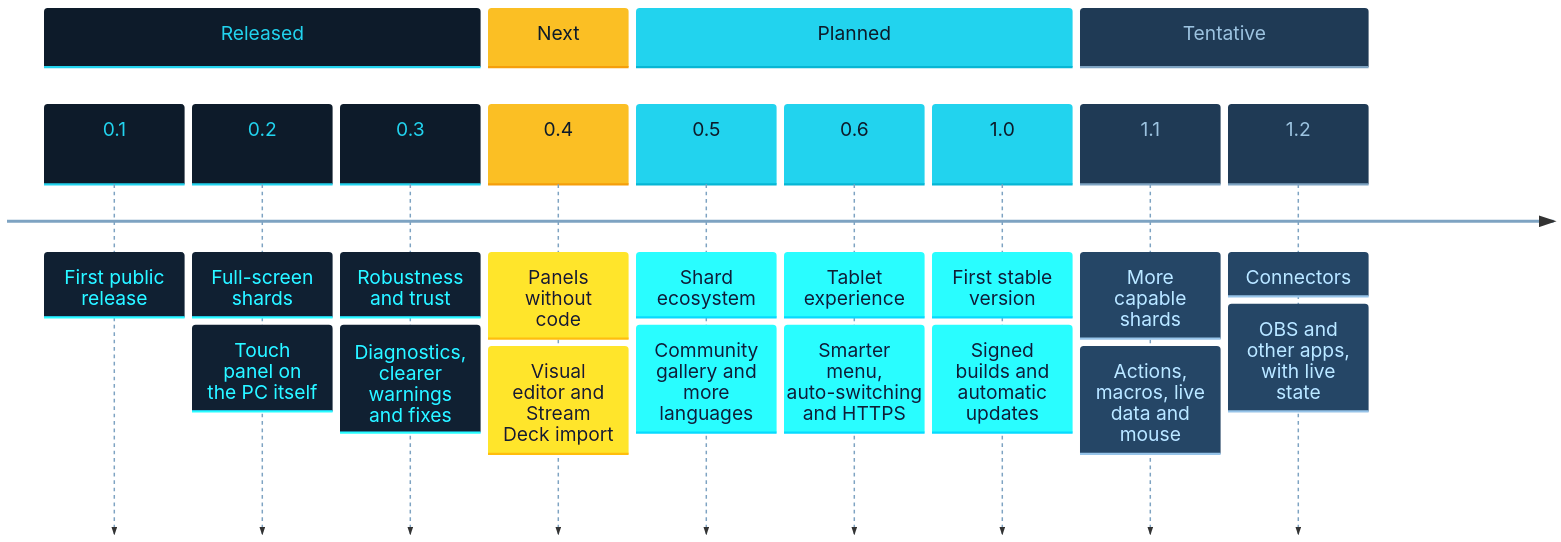
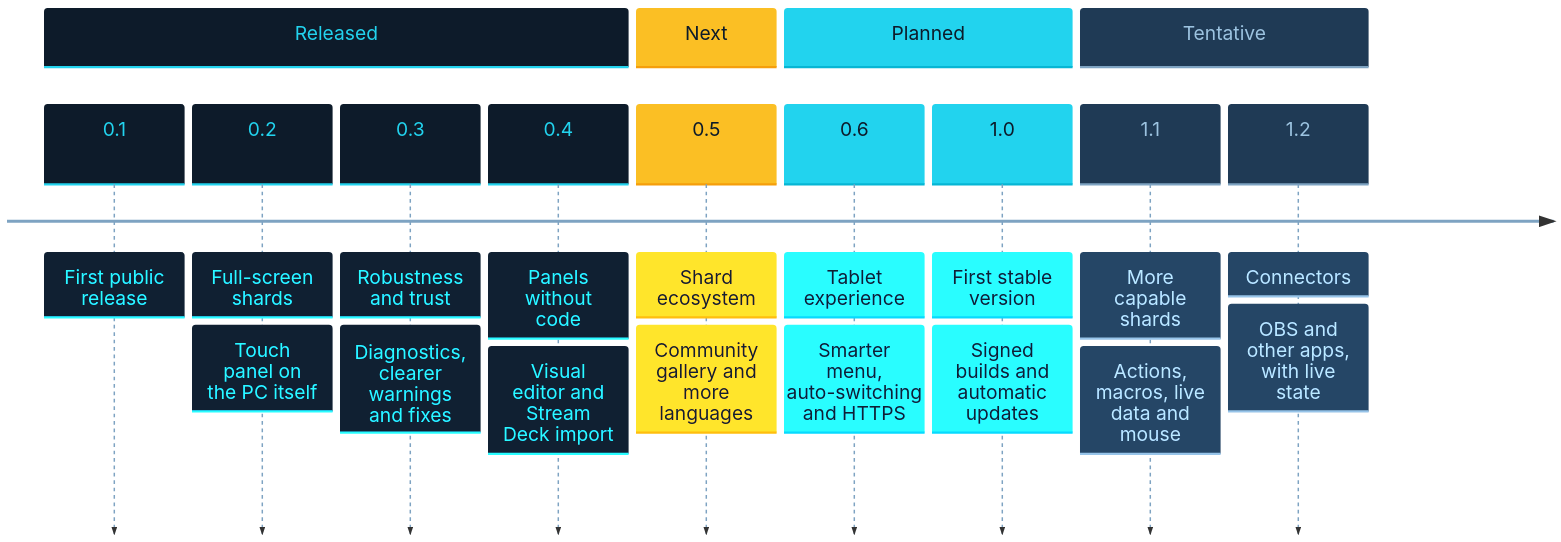
Before and after one commit to libreshard/libreshard: the diagram in README.md, drawn with Mermaid. The commit also changed other lines of this file and 5 other files, not shown here.

````diff
--- a/README.md
+++ b/README.md
@@ -201,17 +201,17 @@
 ```mermaid
 %%{init: {"theme": "base", "themeVariables": {"fontSize": "26px", "cScale0": "#0d1b2a", "cScaleLabel0": "#22d3ee", "cScaleInv0": "#22d3ee", "cScale1": "#fbbf24", "cScaleLabel1": "#0d1b2a", "cScaleInv1": "#f59e0b", "cScale2": "#22d3ee", "cScaleLabel2": "#0d1b2a", "cScaleInv2": "#06b6d4", "cScale3": "#1f3a55", "cScaleLabel3": "#9cc3e0", "cScaleInv3": "#7ea3c2", "cScaleLabel11": "#7ea3c2"}, "themeCSS": ".eventWrapper { filter: none; }"}}%%
 timeline
     section Released
         0.1 : First public release
         0.2 : Full-screen shards : Touch panel on the PC itself
         0.3 : Robustness and trust : Diagnostics, clearer warnings and fixes
+        0.4 : Panels without code : Visual editor and Stream Deck import
     section Next
-        0.4 : Panels without code : Visual editor and Stream Deck import
+        0.5 : Shard ecosystem : Community gallery and more languages
     section Planned
-        0.5 : Shard ecosystem : Community gallery and more languages
         0.6 : Tablet experience : Smarter menu, auto-switching and HTTPS
         1.0 : First stable version : Signed builds and automatic updates
     section Tentative
         1.1 : More capable shards : Actions, macros, live data and mouse
         1.2 : Connectors : OBS and other apps, with live state
 ```
````
